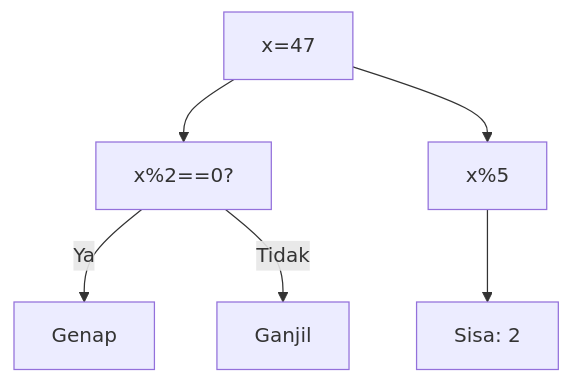
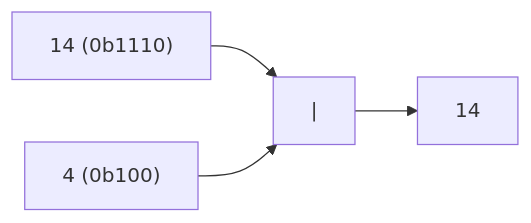
One commit to amnahwaida/OSNK_INF_PREP changed diagram 18 of 25 in part-c-pemahaman-cpp/06-bitwise/latihan/set-05.md. Above: the diagram before and after it, drawn with Mermaid. The commit also changed other lines of this file and 71 other files, not shown here.

````diff
--- a/part-c-pemahaman-cpp/06-bitwise/latihan/set-05.md
+++ b/part-c-pemahaman-cpp/06-bitwise/latihan/set-05.md
@@ -556,8 +474,6 @@
 ```mermaid
-graph TD
-A["x=47"] --> B["x%2==0?"]
-B -- Ya --> C["Genap"]
-B -- Tidak --> D["Ganjil"]
-A --> E["x%5"]
-E --> F["Sisa: 2"]
+graph LR
+A["14 (0b1110)"] --> C["|"]
+B["4 (0b100)"] --> C
+C --> D["14"]
 ```
````
